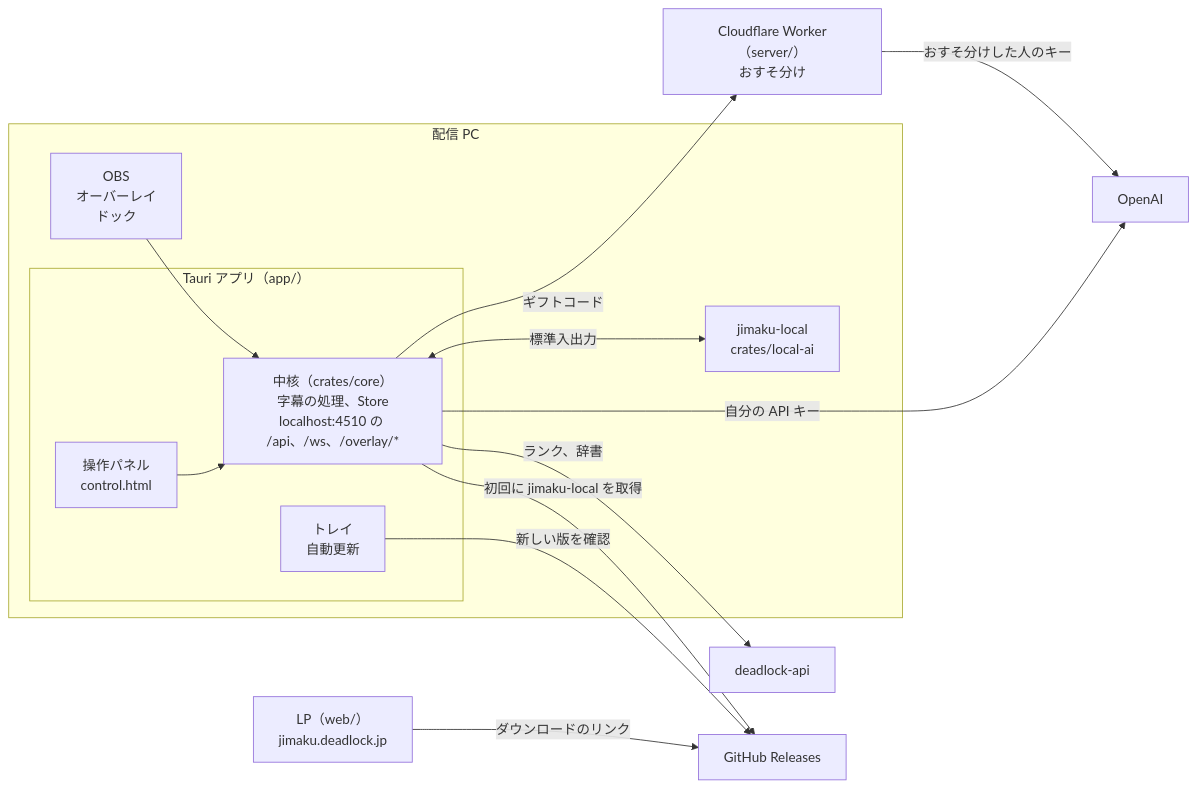
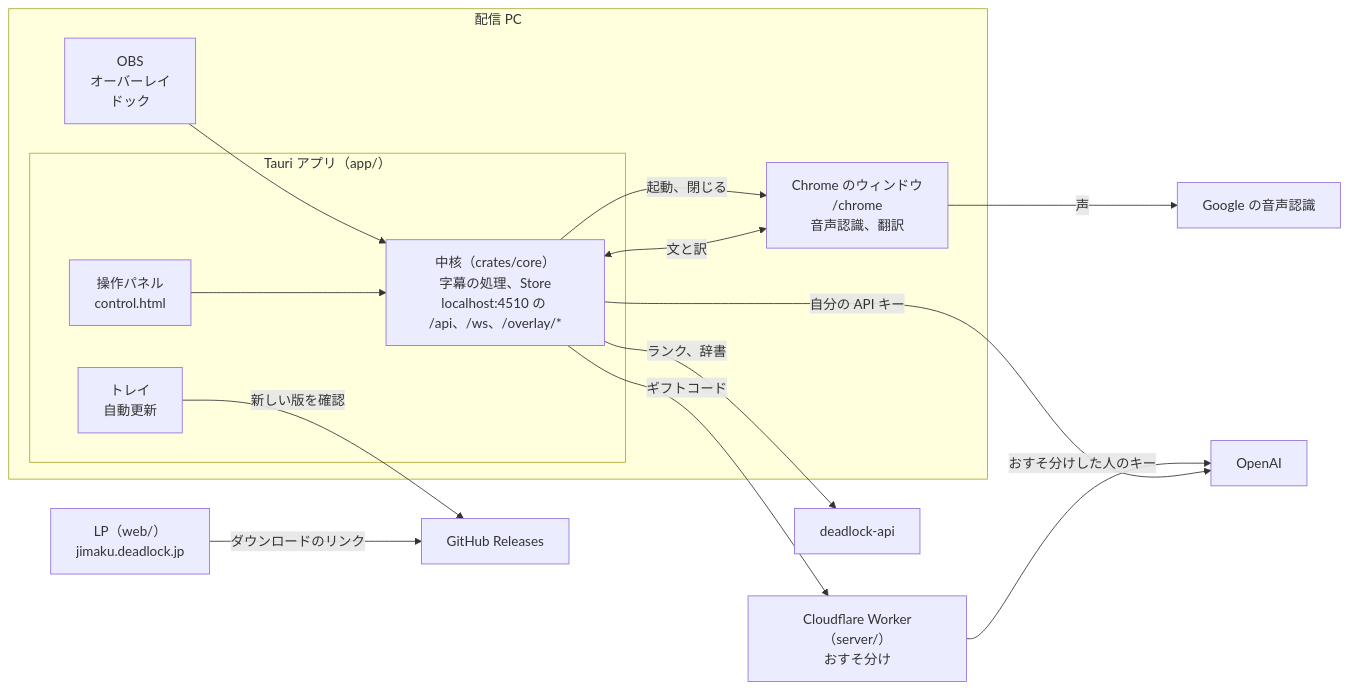
Before and after one commit to Chiji1108/deadlock-jimaku: the first of 4 diagrams in README.md, drawn with Mermaid. The commit also changed other lines of this file and 63 other files, not shown here.

````diff
--- a/README.md
+++ b/README.md
@@ -33,28 +48,30 @@
 ```mermaid
 flowchart LR
   subgraph pc["配信 PC"]
     obs["OBS<br/>オーバーレイ<br/>ドック"]
     subgraph app["Tauri アプリ（app/）"]
       panel["操作パネル<br/>control.html"]
       core["中核（crates/core）<br/>字幕の処理、Store<br/>localhost:4510 の /api、/ws、/overlay/*"]
       shell["トレイ<br/>自動更新"]
     end
-    helper["jimaku-local<br/>crates/local-ai"]
+    tab["Chrome のウィンドウ<br/>/chrome<br/>音声認識、翻訳"]
   end
   worker["Cloudflare Worker（server/）<br/>おすそ分け"]
   openai["OpenAI"]
+  google["Google の音声認識"]
   deadlockapi["deadlock-api"]
   releases["GitHub Releases"]
   lp["LP（web/）<br/>jimaku.deadlock.jp"]
 
   obs --> core
   panel --> core
-  core <-- "標準入出力" --> helper
+  tab <-- "文と訳" --> core
+  core -- "起動、閉じる" --> tab
+  tab -- "声" --> google
   core -- "ギフトコード" --> worker
   worker -- "おすそ分けした人のキー" --> openai
   core -- "自分の API キー" --> openai
   core -- "ランク、辞書" --> deadlockapi
-  core -- "初回に jimaku-local を取得" --> releases
   shell -- "新しい版を確認" --> releases
   lp -- "ダウンロードのリンク" --> releases
 ```
````
